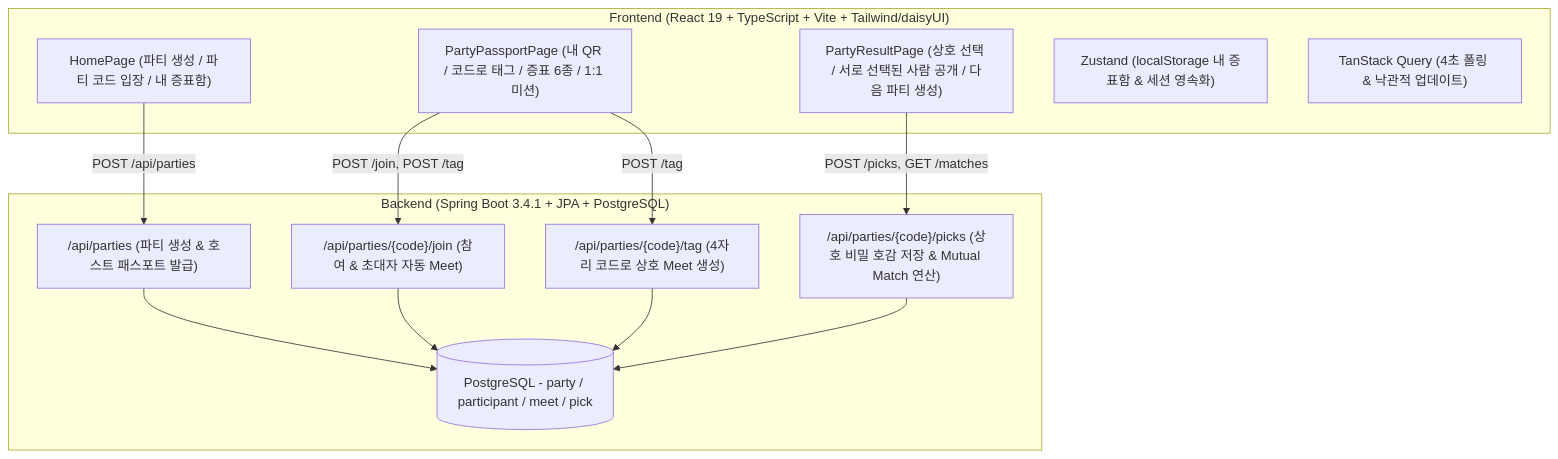
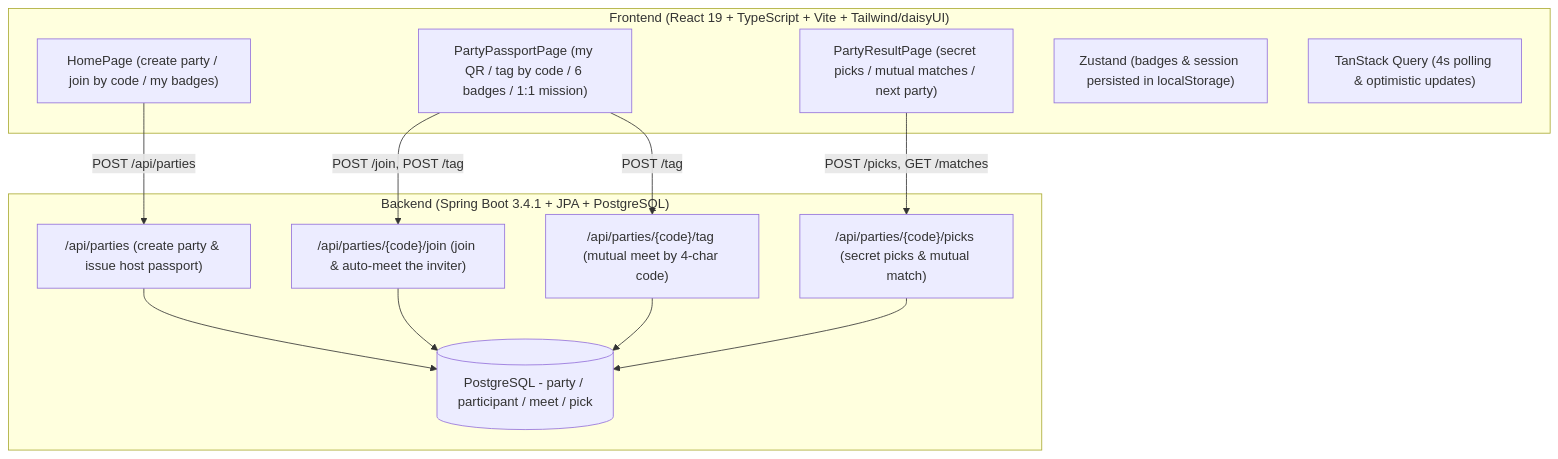
The diagram in README.md (Twin-Fang/Hack-the-Beat), drawn with Mermaid before and after one commit. The commit also changed other lines of this file and 9 other files, not shown here.

````diff
--- a/README.md
+++ b/README.md
@@ -45,27 +60,27 @@
 ```mermaid
 flowchart TD
     subgraph Client ["Frontend (React 19 + TypeScript + Vite + Tailwind/daisyUI)"]
-        UI_Home["HomePage (파티 생성 / 파티 코드 입장 / 내 증표함)"]
-        UI_Passport["PartyPassportPage (내 QR / 코드로 태그 / 증표 6종 / 1:1 미션)"]
-        UI_Result["PartyResultPage (상호 선택 / 서로 선택된 사람 공개 / 다음 파티 생성)"]
-        Store["Zustand (localStorage 내 증표함 & 세션 영속화)"]
-        Query["TanStack Query (4초 폴링 & 낙관적 업데이트)"]
+        UI_Home["HomePage (create party / join by code / my badges)"]
+        UI_Passport["PartyPassportPage (my QR / tag by code / 6 badges / 1:1 mission)"]
+        UI_Result["PartyResultPage (secret picks / mutual matches / next party)"]
+        Store["Zustand (badges & session persisted in localStorage)"]
+        Query["TanStack Query (4s polling & optimistic updates)"]
     end
 
     subgraph Server ["Backend (Spring Boot 3.4.1 + JPA + PostgreSQL)"]
-        API_Party["/api/parties (파티 생성 & 호스트 패스포트 발급)"]
-        API_Join["/api/parties/{code}/join (참여 & 초대자 자동 Meet)"]
-        API_Tag["/api/parties/{code}/tag (4자리 코드로 상호 Meet 생성)"]
-        API_Picks["/api/parties/{code}/picks (상호 비밀 호감 저장 & Mutual Match 연산)"]
+        API_Party["/api/parties (create party & issue host passport)"]
+        API_Join["/api/parties/{code}/join (join & auto-meet the inviter)"]
+        API_Tag["/api/parties/{code}/tag (mutual meet by 4-char code)"]
+        API_Picks["/api/parties/{code}/picks (secret picks & mutual match)"]
         DB[(PostgreSQL - party / participant / meet / pick)]
     end
 
     UI_Home -->|POST /api/parties| API_Party
     UI_Passport -->|POST /join, POST /tag| API_Join
     UI_Passport -->|POST /tag| API_Tag
     UI_Result -->|POST /picks, GET /matches| API_Picks
     API_Party --> DB
     API_Join --> DB
     API_Tag --> DB
     API_Picks --> DB
 ```
````
